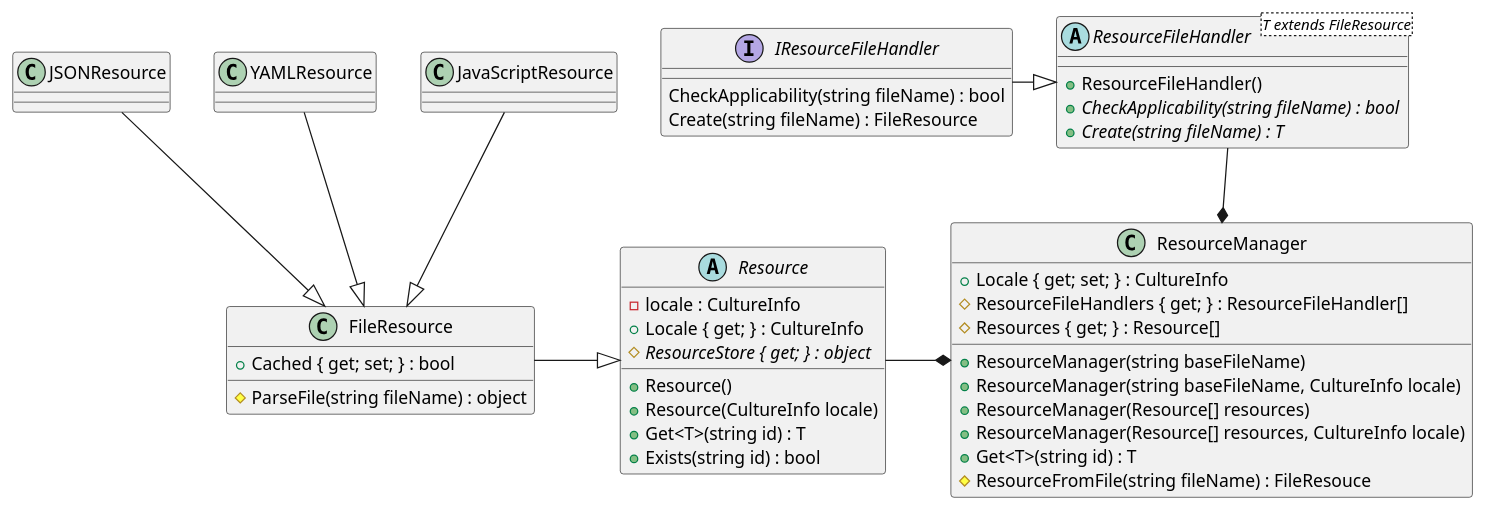
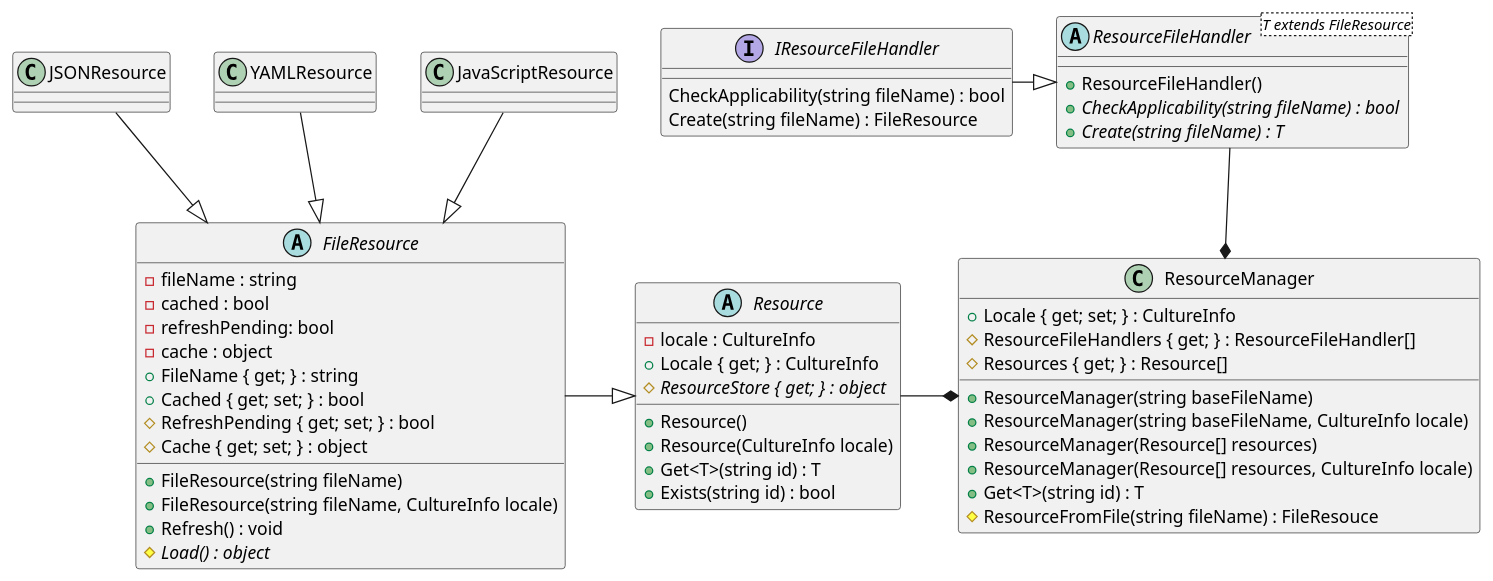
One commit to manuth/ResourceManager.js changed the diagram in docs/ClassDiagram.wsd. Above: the diagram before and after it, drawn with PlantUML. The commit also changed 1 other file, not shown here.

```diff
--- a/docs/ClassDiagram.wsd
+++ b/docs/ClassDiagram.wsd
@@ -1,64 +1,74 @@
 @startuml ResourceManager.js
 interface IResourceFileHandler
 {
     CheckApplicability(string fileName) : bool
     Create(string fileName) : FileResource
 }
 
 abstract class ResourceFileHandler<T extends FileResource>
 {
     + ResourceFileHandler()
     + {abstract} CheckApplicability(string fileName) : bool
     + {abstract} Create(string fileName) : T
 }
 
 abstract class Resource
 {
     - locale : CultureInfo
     + Resource()
     + Resource(CultureInfo locale)
     + Locale { get; } : CultureInfo
     # {abstract} ResourceStore { get; } : object
     + Get<T>(string id) : T
     + Exists(string id) : bool
 }
 
 class ResourceManager
 {
     + ResourceManager(string baseFileName)
     + ResourceManager(string baseFileName, CultureInfo locale)
     + ResourceManager(Resource[] resources)
     + ResourceManager(Resource[] resources, CultureInfo locale)
     + Locale { get; set; } : CultureInfo
     # ResourceFileHandlers { get; } : ResourceFileHandler[]
     # Resources { get; } : Resource[]
     + Get<T>(string id) : T
     # ResourceFromFile(string fileName) : FileResouce
 }
 
-class FileResource
+abstract class FileResource
 {
+    - fileName : string
+    - cached : bool
+    - refreshPending: bool
+    - cache : object
+    + FileResource(string fileName)
+    + FileResource(string fileName, CultureInfo locale)
+    + FileName { get; } : string
     + Cached { get; set; } : bool
-    # ParseFile(string fileName) : object
+    # RefreshPending { get; set; } : bool
+    # Cache { get; set; } : object
+    + Refresh() : void
+    # {abstract} Load() : object
 }
 
 class JSONResource
 {
 }
 
 class YAMLResource
 {
 }
 
 class JavaScriptResource
 {
 }
 
 JSONResource --|> FileResource
 YAMLResource --|> FileResource
 JavaScriptResource --|> FileResource
 FileResource -|> Resource
 Resource -* ResourceManager
 IResourceFileHandler -|> ResourceFileHandler
 ResourceFileHandler --* ResourceManager
 @enduml
```
